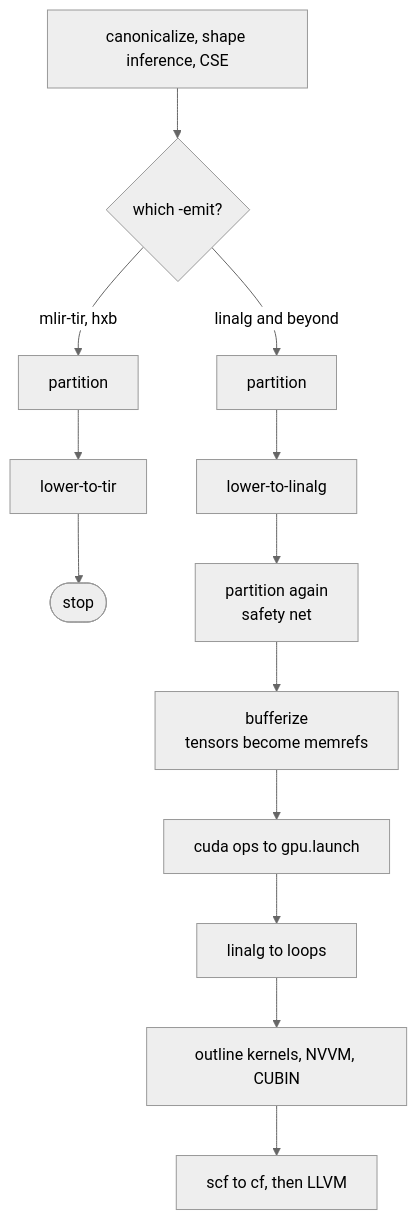
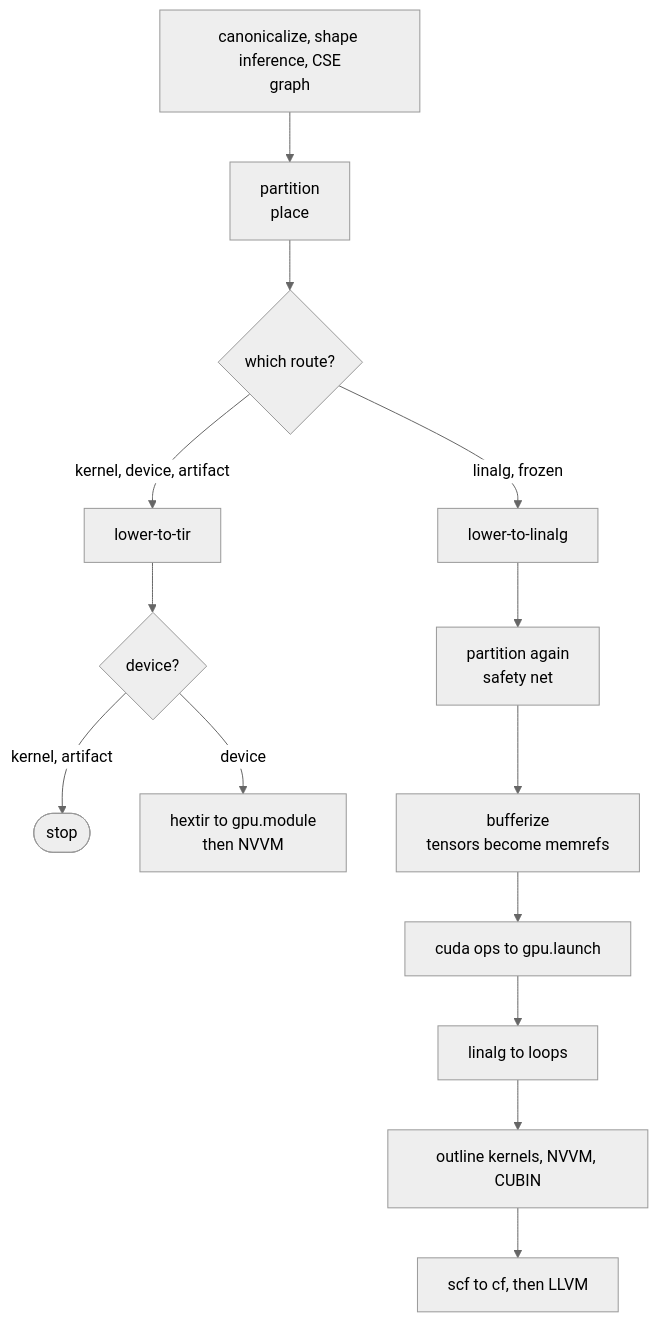
One commit to hamzaqureshi5/hexir changed the diagram in docs/pipeline.md. Above: the diagram before and after it, drawn with Mermaid (neutral theme). The commit also changed other lines of this file and 9 other files, not shown here.

````diff
--- a/docs/pipeline.md
+++ b/docs/pipeline.md
@@ -7,18 +7,19 @@
 ```mermaid
 flowchart TD
-    S["canonicalize, shape inference, CSE"]
-    S --> T{"which -emit?"}
+    S["canonicalize, shape inference, CSE<br/>graph"]
+    S --> P["partition<br/>place"]
+    P --> T{"which route?"}
 
-    T -->|mlir-tir, hxb| K1["partition"]
-    K1 --> K2["lower-to-tir"]
-    K2 --> KE(["stop"])
+    T -->|kernel, device, artifact| K2["lower-to-tir"]
+    K2 --> KD{"device?"}
+    KD -->|"kernel, artifact"| KE(["stop"])
+    KD -->|device| KG["hextir to gpu.module<br/>then NVVM"]
 
-    T -->|linalg and beyond| L1["partition"]
-    L1 --> L2["lower-to-linalg"]
+    T -->|"linalg, frozen"| L2["lower-to-linalg"]
     L2 --> L3["partition again<br/>safety net"]
     L3 --> L6["bufferize<br/>tensors become memrefs"]
     L6 --> L7["cuda ops to gpu.launch"]
     L7 --> L8["linalg to loops"]
     L8 --> L9["outline kernels, NVVM, CUBIN"]
     L9 --> L10["scf to cf, then LLVM"]
 ```
````
